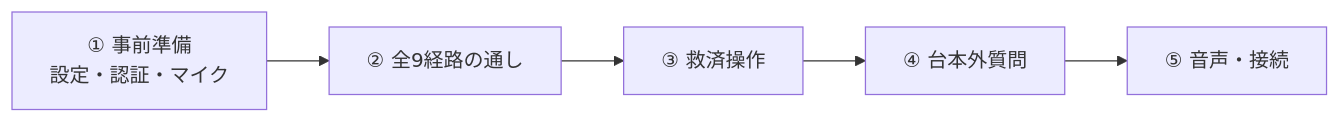
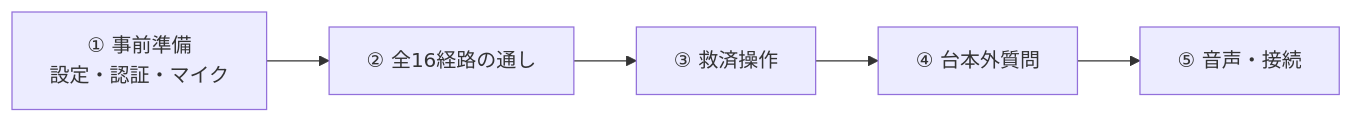
Before and after one commit to Kohei-Arita/yamamoto-avatar-scenario: the diagram in docs/rehearsal.md, drawn with Mermaid. The commit also changed other lines of this file and 9 other files, not shown here.

````diff
--- a/docs/rehearsal.md
+++ b/docs/rehearsal.md
@@ -5,4 +5,4 @@
 ```mermaid
 flowchart LR
-  P["① 事前準備<br/>設定・認証・マイク"] --> R["② 全9経路の通し"] --> H["③ 救済操作"] --> O["④ 台本外質問"] --> A["⑤ 音声・接続"]
+  P["① 事前準備<br/>設定・認証・マイク"] --> R["② 全16経路の通し"] --> H["③ 救済操作"] --> O["④ 台本外質問"] --> A["⑤ 音声・接続"]
 ```
````
